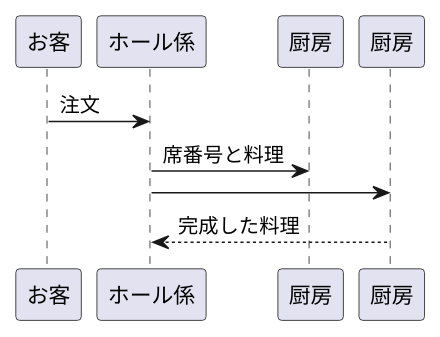
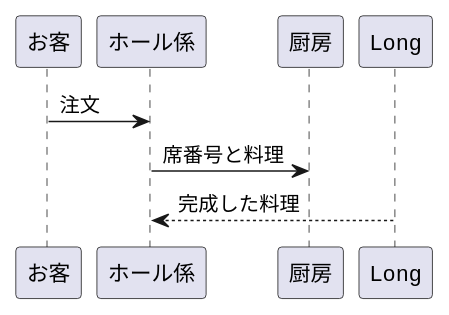
Before and after one commit to Aso2001367/2021sys-design: the diagram in kadai3.md, drawn with PlantUML.

````diff
--- a/kadai3.md
+++ b/kadai3.md
@@ -1,8 +1,7 @@
 ```uml
 @startuml
 お客 -> "ホール係" :注文
 "ホール係" -> "厨房" :席番号と料理
-"ホール係" -> Long as "厨房"
 Long --> "ホール係" :完成した料理
 @enduml
 ```
````
